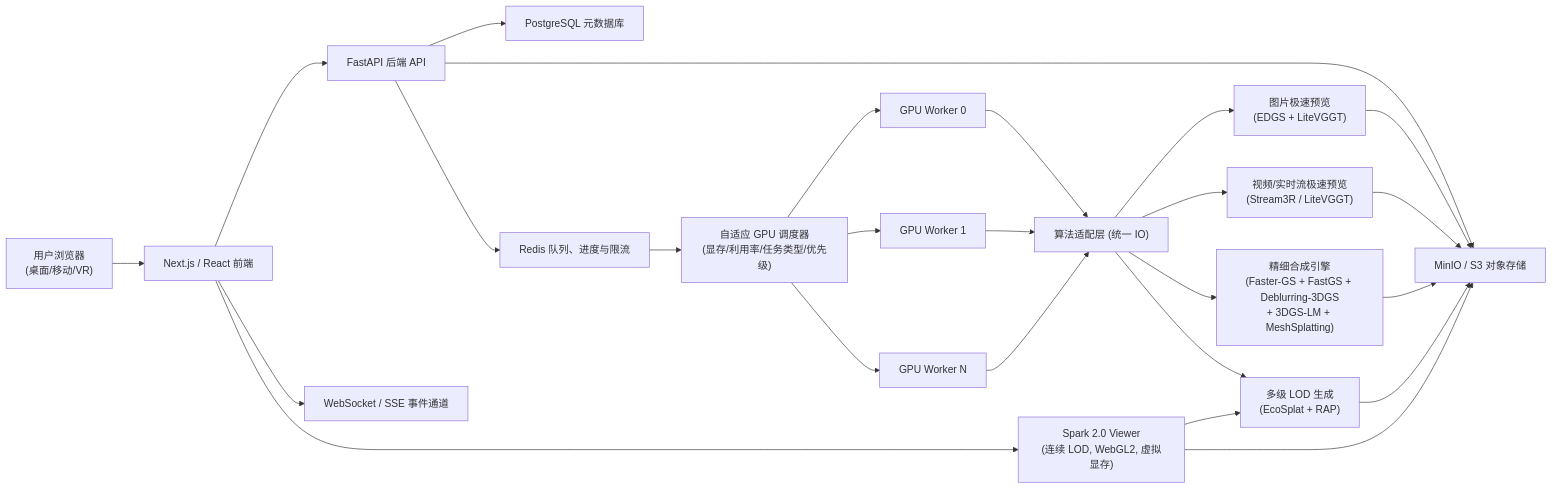
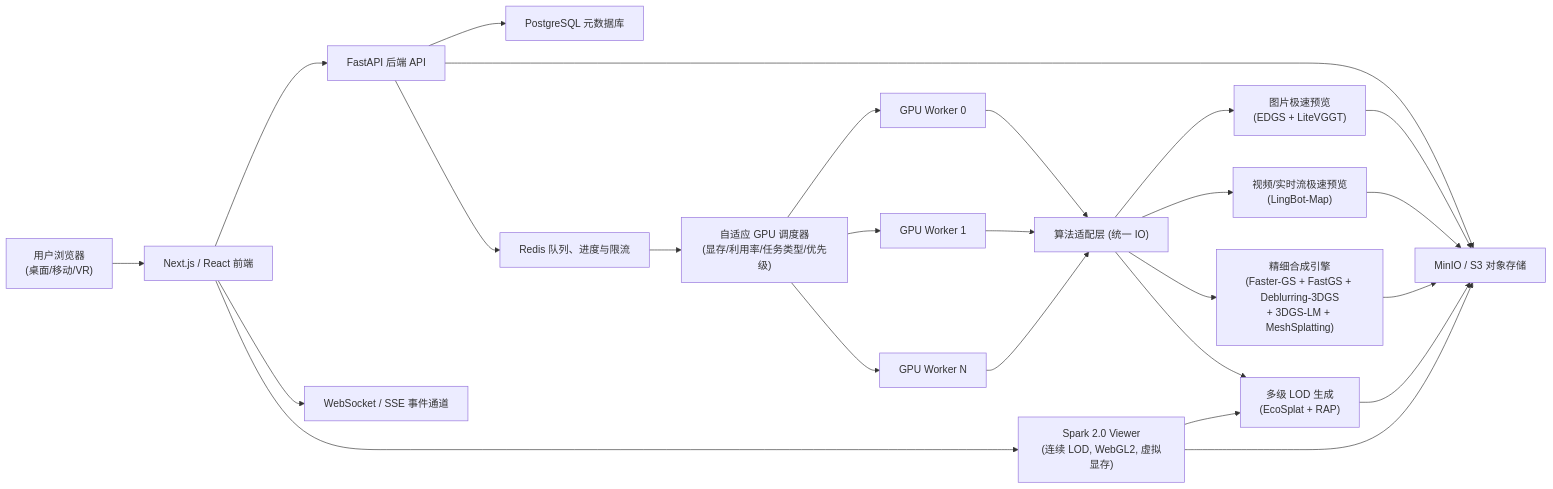
The first of 4 diagrams in system.md (Braveliu66/codenew), drawn with Mermaid before and after one commit. The commit also changed other lines of this file and 39 other files, not shown here.

````diff
--- a/system.md
+++ b/system.md
@@ -24,34 +24,34 @@
 ```mermaid
 flowchart LR
     Browser["用户浏览器\n(桌面/移动/VR)"] --> Frontend["Next.js / React 前端"]
 
     Frontend --> API["FastAPI 后端 API"]
     Frontend --> EventStream["WebSocket / SSE 事件通道"]
 
     API --> Postgres["PostgreSQL 元数据库"]
     API --> Redis["Redis 队列、进度与限流"]
     API --> ObjectStore["MinIO / S3 对象存储"]
 
     Redis --> AdaptiveScheduler["自适应 GPU 调度器\n(显存/利用率/任务类型/优先级)"]
     AdaptiveScheduler --> Worker0["GPU Worker 0"]
     AdaptiveScheduler --> Worker1["GPU Worker 1"]
     AdaptiveScheduler --> WorkerN["GPU Worker N"]
 
     Worker0 --> Adapters["算法适配层 (统一 IO)"]
     Worker1 --> Adapters
     WorkerN --> Adapters
 
     Adapters --> PreviewImage["图片极速预览\n(EDGS + LiteVGGT)"]
-    Adapters --> StreamRT["视频/实时流极速预览\n(Stream3R / LiteVGGT)"]
+    Adapters --> StreamRT["视频/实时流极速预览\n(LingBot-Map)"]
     Adapters --> FineEngine["精细合成引擎\n(Faster‑GS + FastGS + Deblurring‑3DGS\n+ 3DGS‑LM + MeshSplatting)"]
     Adapters --> LODGen["多级 LOD 生成\n(EcoSplat + RAP)"]
 
     PreviewImage --> ObjectStore
     StreamRT --> ObjectStore
     FineEngine --> ObjectStore
     LODGen --> ObjectStore
 
     Frontend --> Viewer["Spark 2.0 Viewer\n(连续 LOD, WebGL2, 虚拟显存)"]
     Viewer --> LODGen
     Viewer --> ObjectStore
 ```
````
